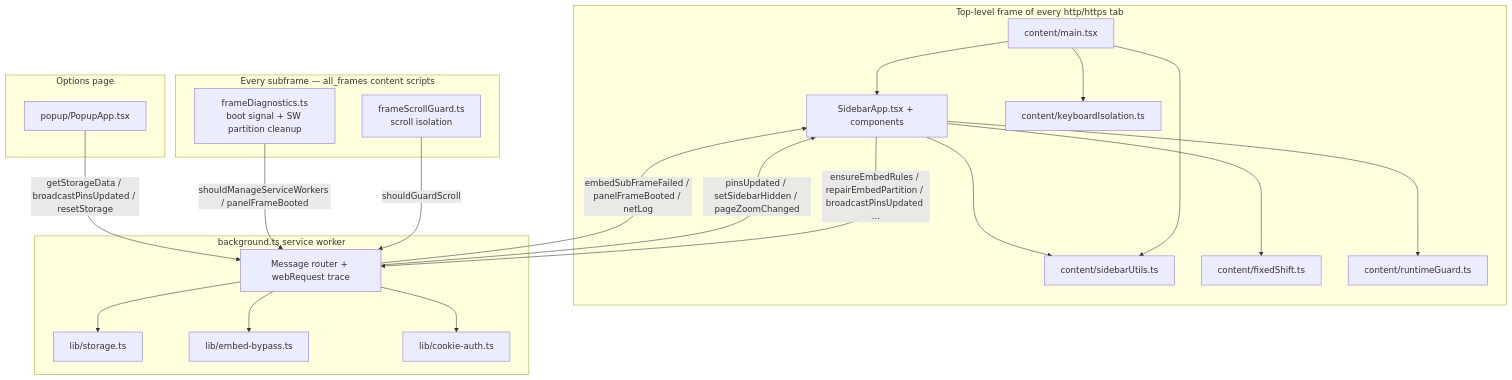
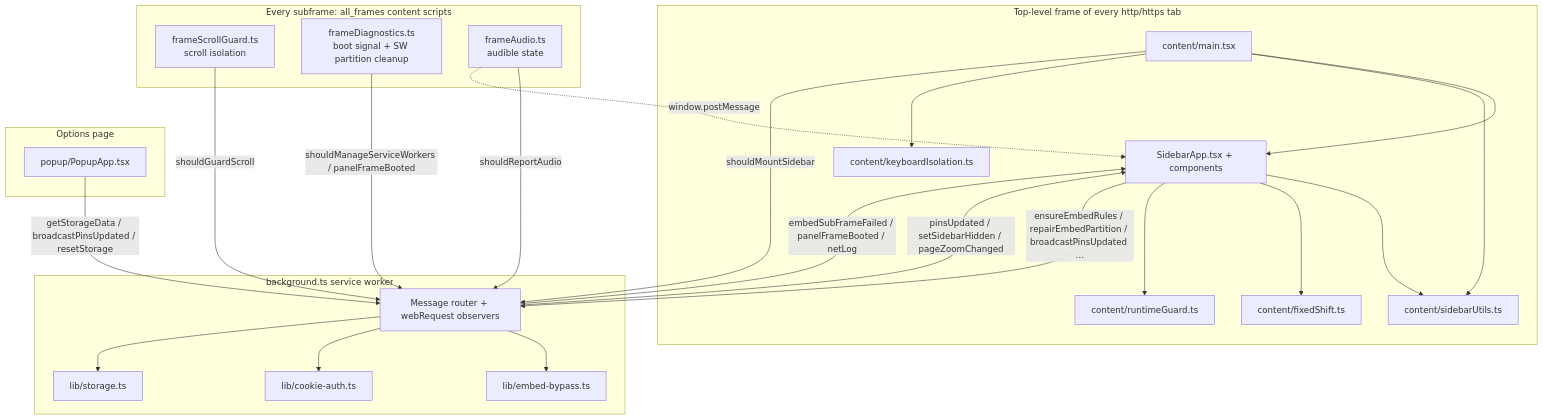
One commit to bryanChatsirichai/chrome_operaGX_sidebar_extension changed the diagram in docs/IMPLEMENTATION.md. Above: the diagram before and after it, drawn with Mermaid. The commit also changed other lines of this file and 4 other files, not shown here.

````diff
--- a/docs/IMPLEMENTATION.md
+++ b/docs/IMPLEMENTATION.md
@@ -44,43 +45,47 @@
 ```mermaid
 flowchart TB
   subgraph pages [Top-level frame of every http/https tab]
     MAIN[content/main.tsx]
     SA[SidebarApp.tsx + components]
     SU[content/sidebarUtils.ts]
     FS[content/fixedShift.ts]
     RG[content/runtimeGuard.ts]
     KI[content/keyboardIsolation.ts]
     MAIN --> SA
     MAIN --> SU
     MAIN --> KI
     SA --> SU
     SA --> FS
     SA --> RG
   end
 
-  subgraph frames [Every subframe — all_frames content scripts]
+  subgraph frames [Every subframe: all_frames content scripts]
     FSG[frameScrollGuard.ts<br/>scroll isolation]
     FD[frameDiagnostics.ts<br/>boot signal + SW partition cleanup]
+    FA[frameAudio.ts<br/>audible state]
   end
 
   subgraph sw [background.ts service worker]
-    BG[Message router + webRequest trace]
+    BG[Message router + webRequest observers]
     ST[lib/storage.ts]
     EB[lib/embed-bypass.ts]
     CA[lib/cookie-auth.ts]
   end
 
   subgraph options [Options page]
     POP[popup/PopupApp.tsx]
   end
 
+  MAIN -->|shouldMountSidebar| BG
   SA -->|ensureEmbedRules / repairEmbedPartition / broadcastPinsUpdated …| BG
   BG --> EB
   BG --> CA
   BG --> ST
   FSG -->|shouldGuardScroll| BG
   FD -->|shouldManageServiceWorkers / panelFrameBooted| BG
+  FA -->|shouldReportAudio| BG
+  FA -.->|window.postMessage| SA
   BG -->|pinsUpdated / setSidebarHidden / pageZoomChanged| SA
   BG -->|embedSubFrameFailed / panelFrameBooted / netLog| SA
   POP -->|getStorageData / broadcastPinsUpdated / resetStorage| BG
 ```
````
